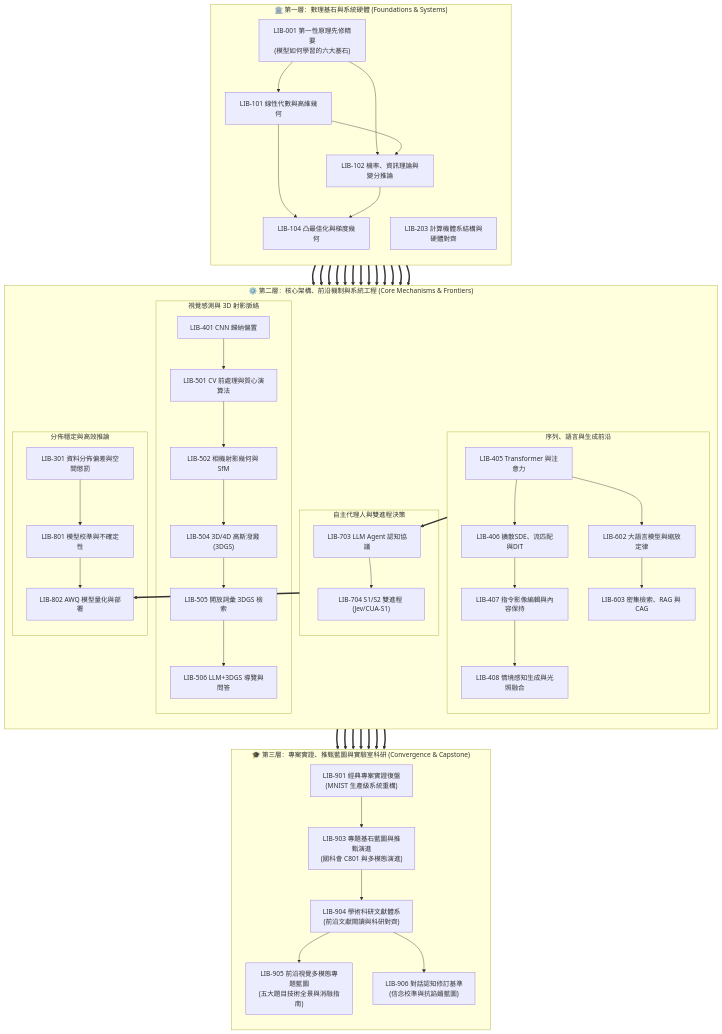
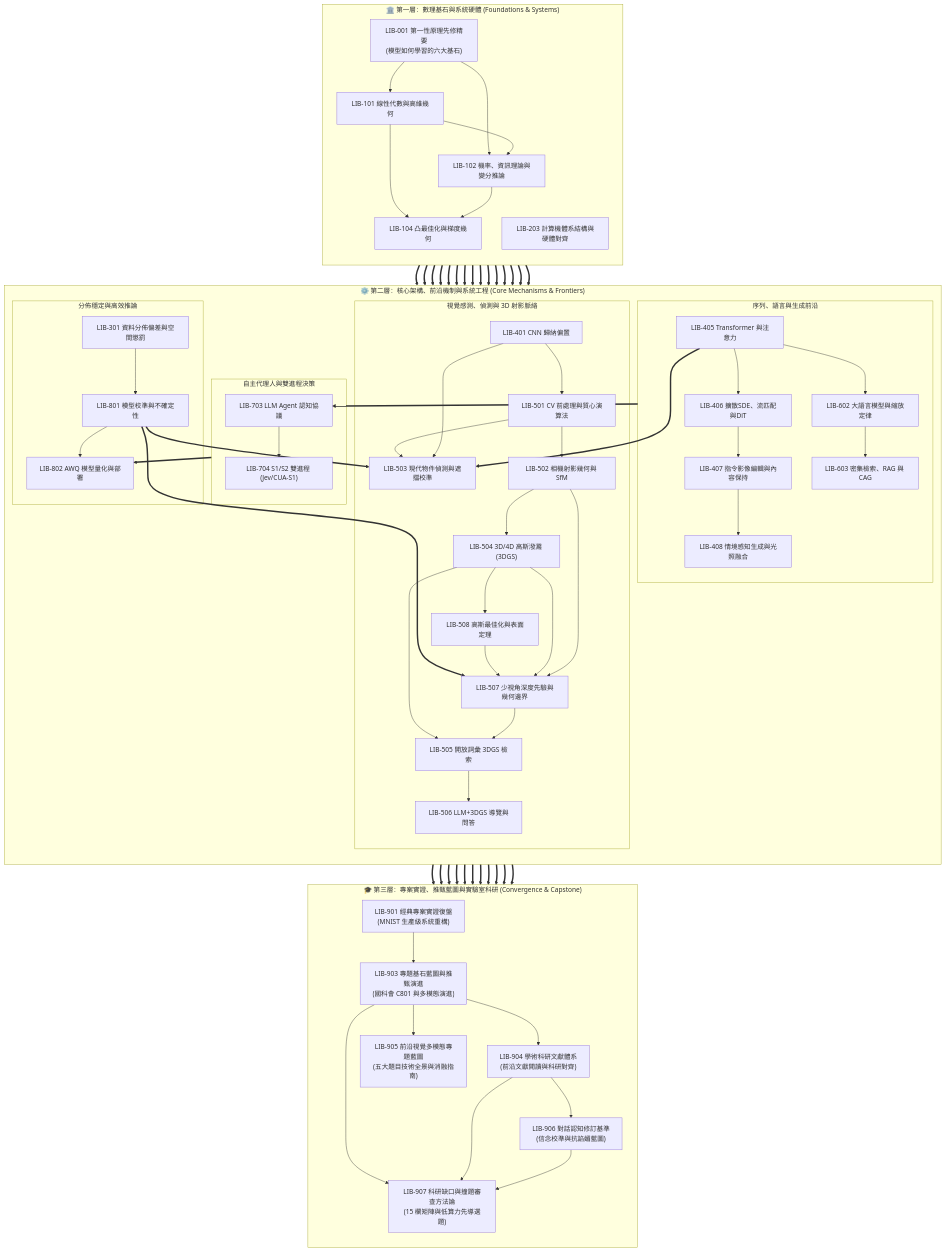
Before and after one commit to OPluke11-abula/library: the diagram in 00_總覽與拓樸導覽/LIB-000 圖書館總覽與拓樸導覽系統 (Grand Library Index & Navigator).md, drawn with Mermaid. The commit also changed other lines of this file and 57 other files, not shown here.

```diff
--- a/00_總覽與拓樸導覽/LIB-000 圖書館總覽與拓樸導覽系統 (Grand Library Index & Navigator).md
+++ b/00_總覽與拓樸導覽/LIB-000 圖書館總覽與拓樸導覽系統 (Grand Library Index & Navigator).md
@@ -111,16 +111,26 @@
 
     subgraph Tier2["⚙️ 第二層：核心架構、前沿機制與系統工程 (Core Mechanisms & Frontiers)"]
         direction TB
-        subgraph VisualAxis["視覺感測與 3D 射影脈絡"]
+        subgraph VisualAxis["視覺感測、偵測與 3D 射影脈絡"]
             LIB401["LIB-401 CNN 歸納偏置"]
             LIB501["LIB-501 CV 前處理與質心演算法"]
             LIB502["LIB-502 相機射影幾何與 SfM"]
+            LIB503["LIB-503 現代物件偵測與遮擋校準"]
             LIB504["LIB-504 3D/4D 高斯潑濺 (3DGS)"]
+            LIB508["LIB-508 高斯最佳化與表面定理"]
+            LIB507["LIB-507 少視角深度先驗與幾何邊界"]
             LIB505["LIB-505 開放詞彙 3DGS 檢索"]
             LIB506["LIB-506 LLM+3DGS 導覽與問答"]
             LIB401 --> LIB501
+            LIB401 --> LIB503
             LIB501 --> LIB502
+            LIB501 --> LIB503
             LIB502 --> LIB504
+            LIB502 --> LIB507
+            LIB504 --> LIB508
+            LIB504 --> LIB507
+            LIB508 --> LIB507
+            LIB507 --> LIB505
             LIB504 --> LIB505
             LIB505 --> LIB506
         end
@@ -161,11 +171,15 @@
         LIB904["LIB-904 學術科研文獻體系<br/>(前沿文獻閱讀與科研對齊)"]
         LIB905["LIB-905 前沿視覺多模態專題藍圖<br/>(五大題目技術全景與消融指南)"]
         LIB906["LIB-906 對話認知修訂基準<br/>(信念校準與抗諂媚藍圖)"]
+        LIB907["LIB-907 科研缺口與撞題審查方法論<br/>(15 欄矩陣與低算力先導選題)"]
 
         LIB901 --> LIB903
         LIB903 --> LIB904
-        LIB904 --> LIB905
+        LIB903 --> LIB905
+        LIB903 --> LIB907
         LIB904 --> LIB906
+        LIB904 --> LIB907
+        LIB906 --> LIB907
     end
 
     %% 主幹跨層依賴鏈接 (Primary Cross-Tier Dependencies)
@@ -178,11 +192,20 @@
     LIB102 ==> LIB801
     LIB203 ==> LIB401
     LIB203 ==> LIB405
+    LIB203 ==> LIB508
     LIB203 ==> LIB802
     LIB104 ==> LIB602
     LIB104 ==> LIB406
     LIB104 ==> LIB502
+    LIB104 ==> LIB508
 
+    LIB405 ==> LIB503
+    LIB801 ==> LIB503
+    LIB801 ==> LIB507
+    LIB503 ==> LIB904
+    LIB503 ==> LIB907
+    LIB507 ==> LIB907
+    LIB508 ==> LIB905
     VisualAxis ==> LIB901
     VisualAxis ==> LIB905
     SequenceAxis ==> LIB703
```
